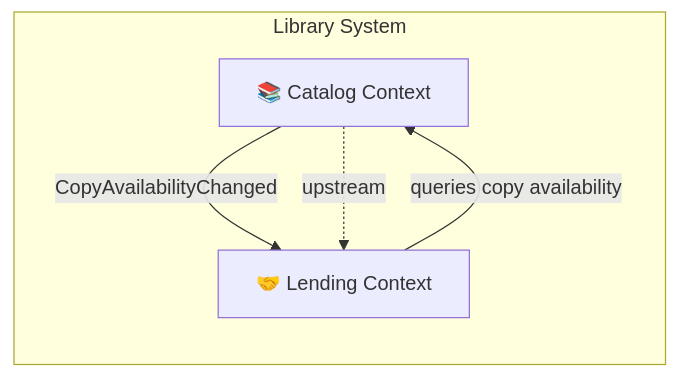
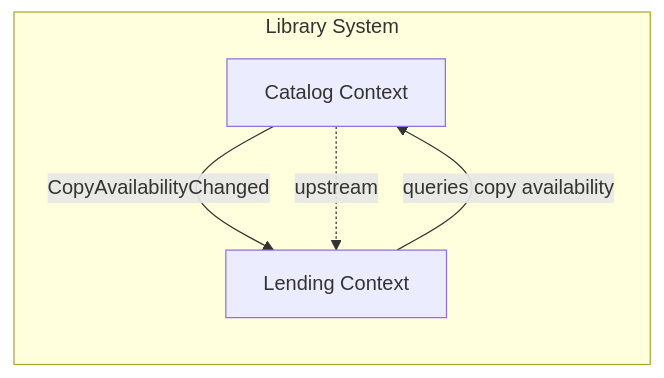
One commit to maurizio100/library-system changed the diagram in docs/domain/context-map.md. Above: the diagram before and after it, drawn with Mermaid. The commit also changed other lines of this file and 8 other files, not shown here.

````diff
--- a/docs/domain/context-map.md
+++ b/docs/domain/context-map.md
@@ -6,12 +3,12 @@
 ```mermaid
 graph LR
   subgraph Library System
-    Catalog["📚 Catalog Context"]
-    Lending["🤝 Lending Context"]
+    Catalog["Catalog Context"]
+    Lending["Lending Context"]
   end
 
   Catalog -- "CopyAvailabilityChanged" --> Lending
   Lending -- "queries copy availability" --> Catalog
 
   Catalog -. "upstream" .-> Lending
 ```
````
